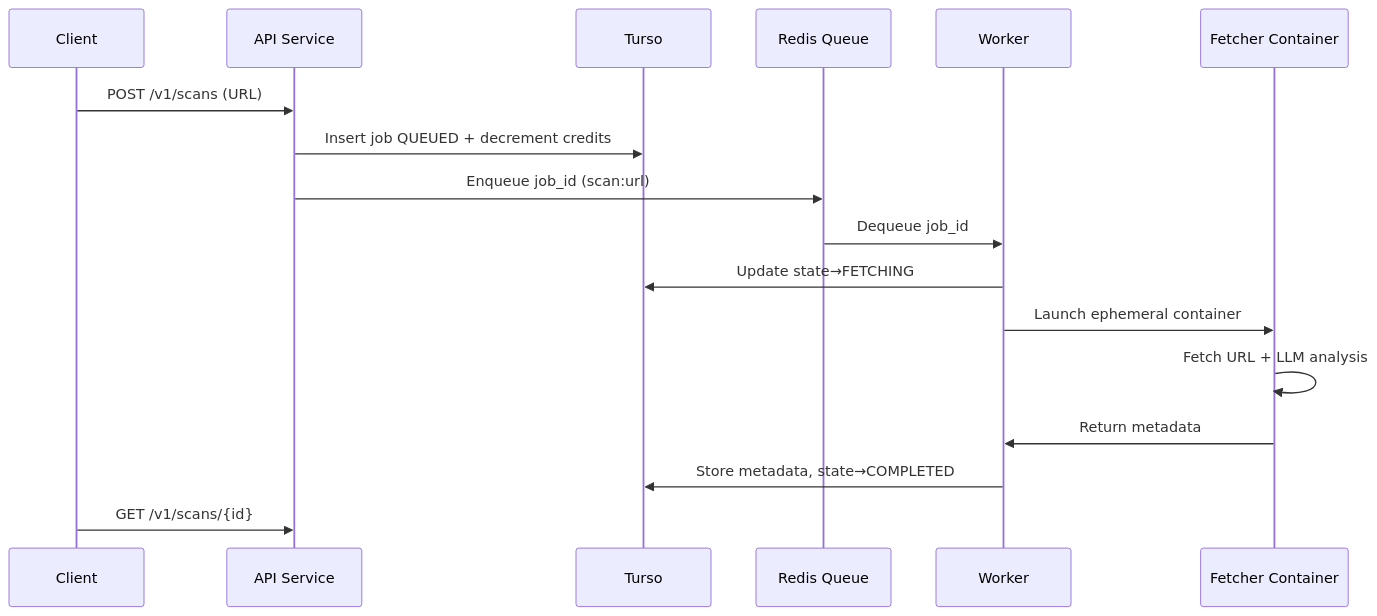
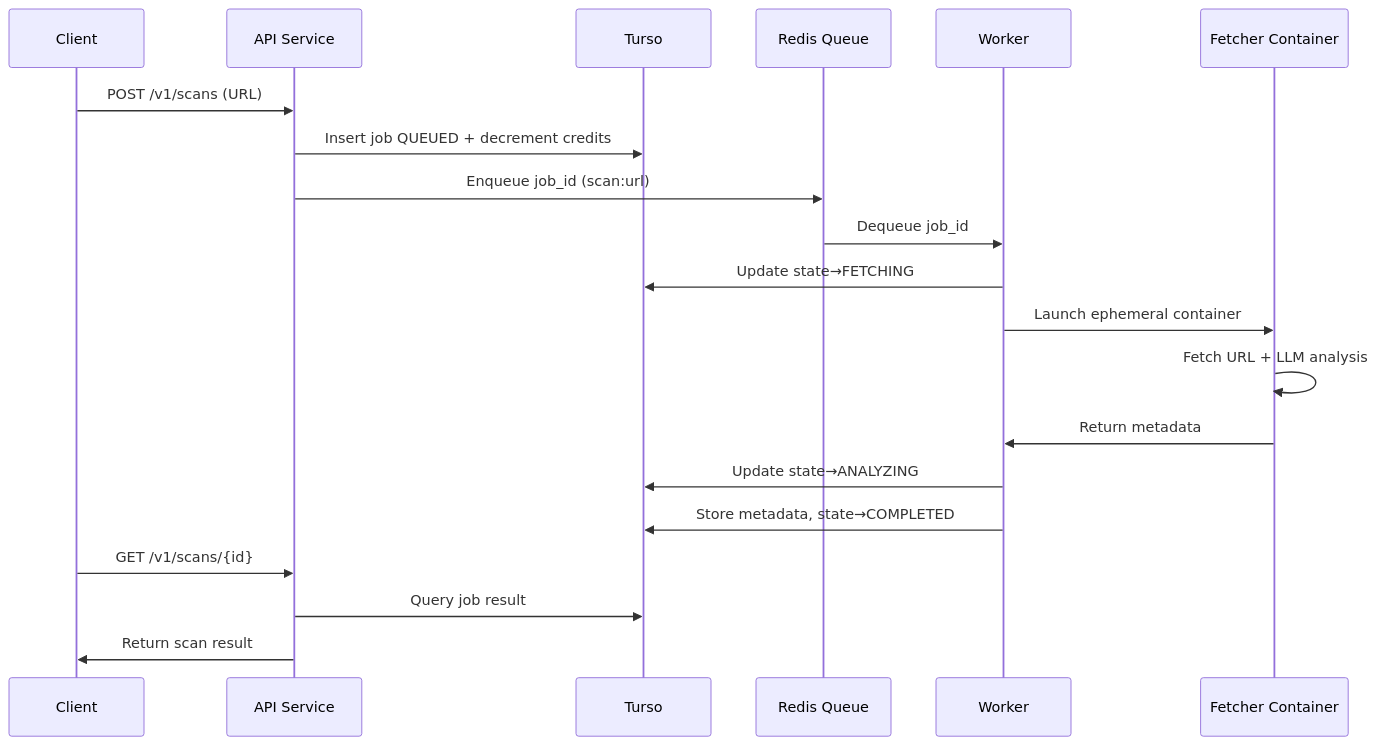
One commit to safeurlai/safeurl changed the third of 3 diagrams in README.md. Above: the diagram before and after it, drawn with Mermaid. The commit also changed other lines of this file, not shown here.

Commit message:
chore: cleanup diagram

````diff
--- a/README.md
+++ b/README.md
@@ -243,20 +245,23 @@
 ```mermaid
 sequenceDiagram
     participant C as Client
     participant API as API Service
     participant DB as Turso
     participant Q as Redis Queue
     participant W as Worker
     participant F as Fetcher Container
 
     C->>API: POST /v1/scans (URL)
     API->>DB: Insert job QUEUED + decrement credits
     API->>Q: Enqueue job_id (scan:url)
     Q->>W: Dequeue job_id
     W->>DB: Update state→FETCHING
     W->>F: Launch ephemeral container
     F->>F: Fetch URL + LLM analysis
     F->>W: Return metadata
+    W->>DB: Update state→ANALYZING
     W->>DB: Store metadata, state→COMPLETED
     C->>API: GET /v1/scans/{id}
+    API->>DB: Query job result
+    API->>C: Return scan result
 ```
````
